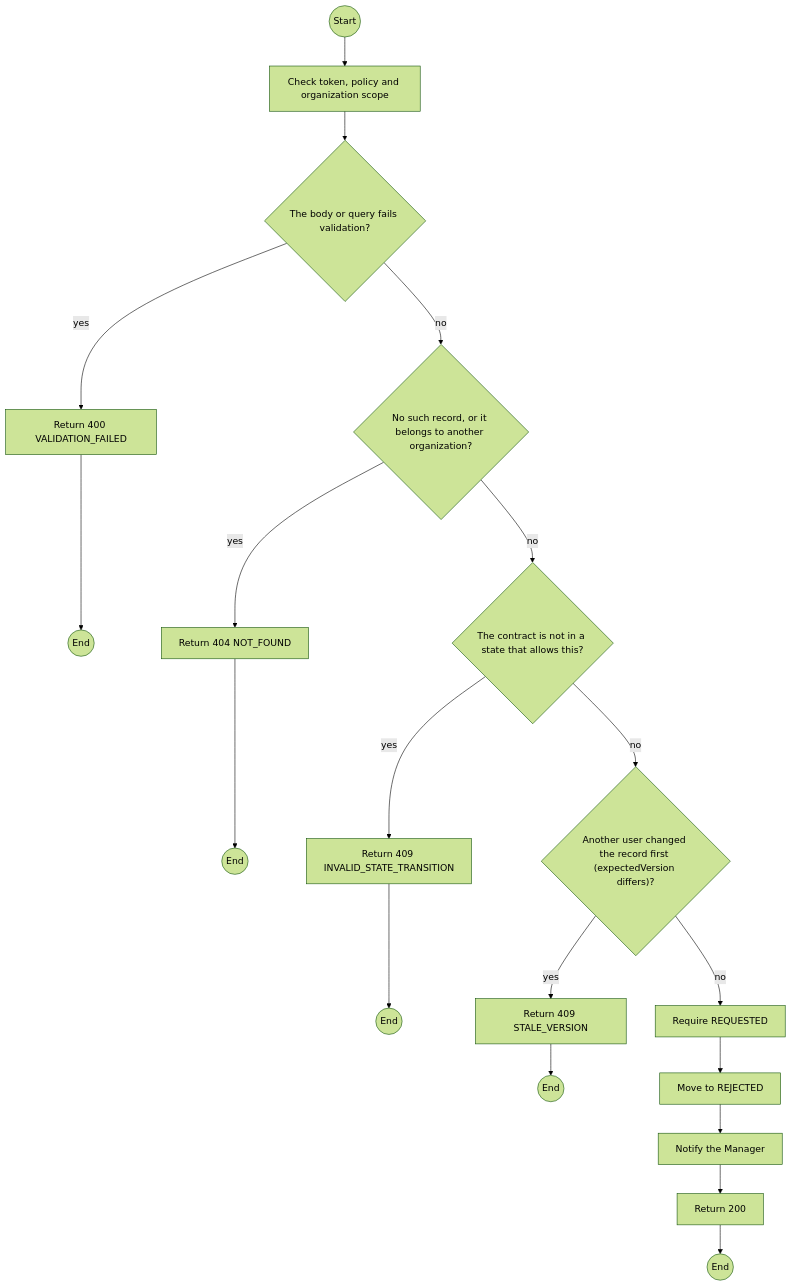
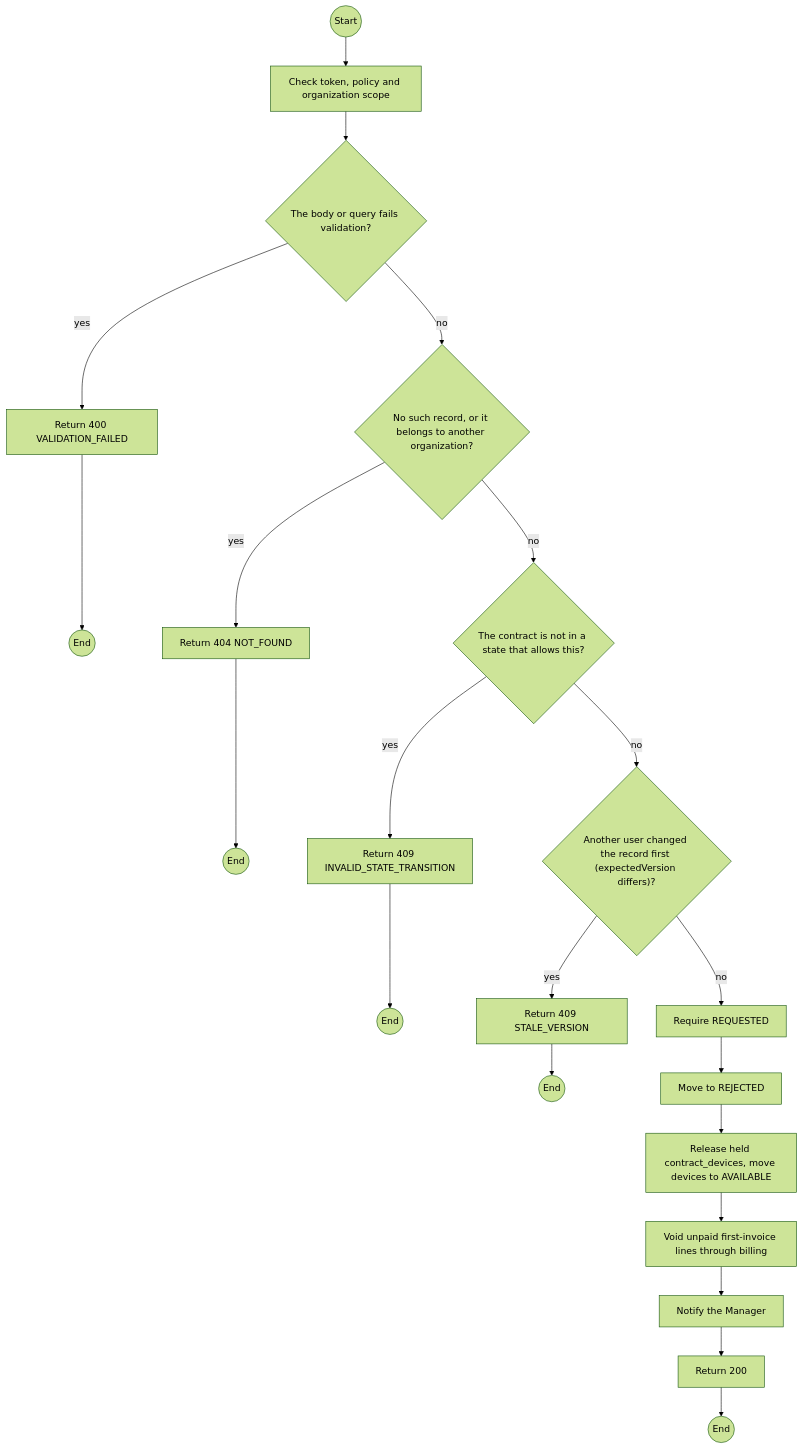
One commit to TrekLink-Team/treklink-web changed the first of 2 diagrams in specs/rentals/api-design/05-post-contracts-id-reject.md. Above: the diagram before and after it, drawn with Mermaid (forest theme). The commit also changed other lines of this file and 11 other files, not shown here.

````diff
--- a/specs/rentals/api-design/05-post-contracts-id-reject.md
+++ b/specs/rentals/api-design/05-post-contracts-id-reject.md
@@ -196,35 +201,39 @@
 ```mermaid
 flowchart TB
     S((Start))
     A0["Check token, policy and organization scope"]
     S --> A0
     D1{"The body or query fails validation?"}
     A0 --> D1
     E1["Return 400 VALIDATION_FAILED"]
     D1 -->|yes| E1
     E1 --> X1((End))
     D2{"No such record, or it belongs to another organization?"}
     D1 -->|no| D2
     E2["Return 404 NOT_FOUND"]
     D2 -->|yes| E2
     E2 --> X2((End))
     D3{"The contract is not in a state that allows this?"}
     D2 -->|no| D3
     E3["Return 409 INVALID_STATE_TRANSITION"]
     D3 -->|yes| E3
     E3 --> X3((End))
     D4{"Another user changed the record first (expectedVersion differs)?"}
     D3 -->|no| D4
     E4["Return 409 STALE_VERSION"]
     D4 -->|yes| E4
     E4 --> X4((End))
     P0["Require REQUESTED"]
     D4 -->|no| P0
     P1["Move to REJECTED"]
     P0 --> P1
-    P2["Notify the Manager"]
+    P2["Release held contract_devices, move devices to AVAILABLE"]
     P1 --> P2
+    P3["Void unpaid first-invoice lines through billing"]
+    P2 --> P3
+    P4["Notify the Manager"]
+    P3 --> P4
     OK["Return 200"]
-    P2 --> OK
+    P4 --> OK
     OK --> Z((End))
 ```
````
